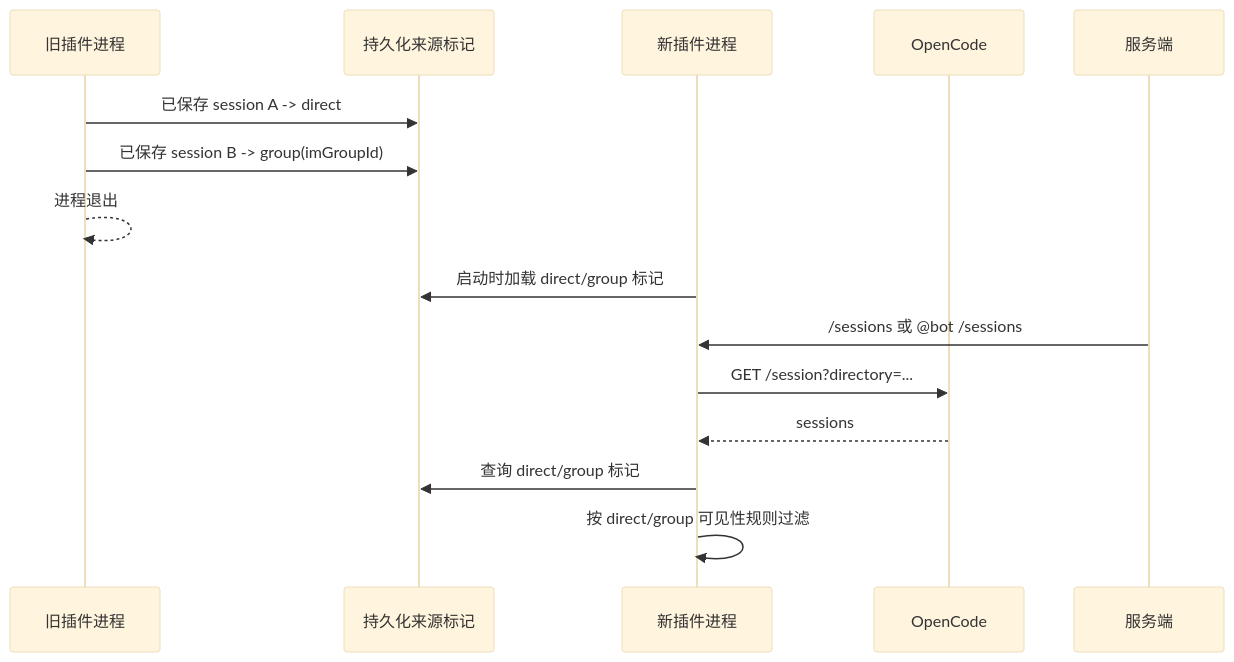
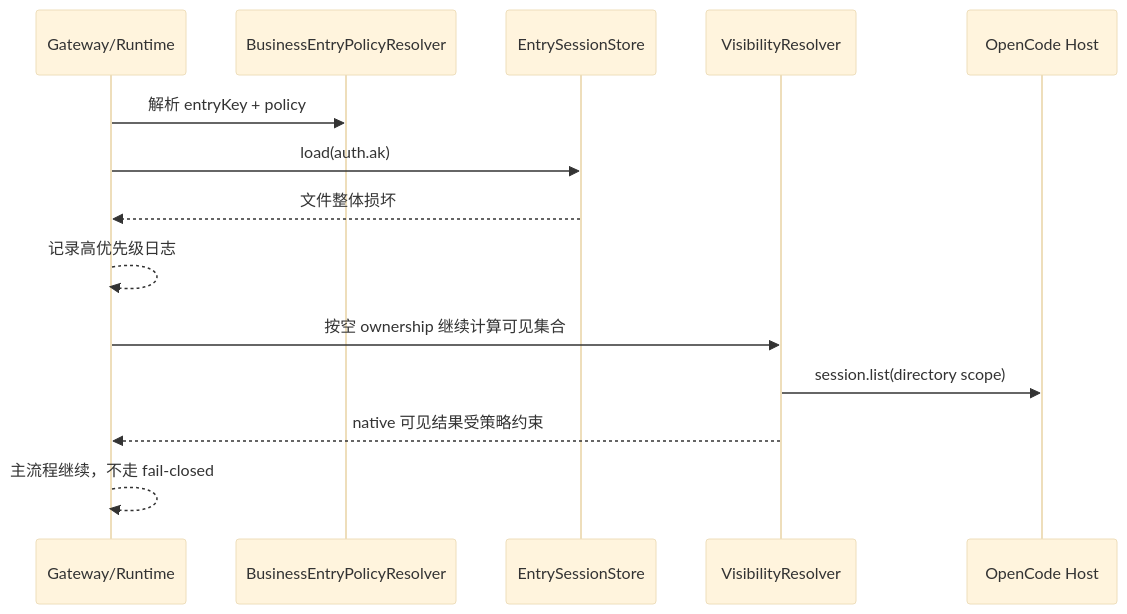
Diagram 18 of 18 in docs/design/message-bridge-opencode-session-isolation-solution.md (yuzhangCZ/agent-plugin), drawn with Mermaid (base theme) before and after one commit. The commit also changed other lines of this file and 1 other file, not shown here.

````diff
--- a/docs/design/message-bridge-opencode-session-isolation-solution.md
+++ b/docs/design/message-bridge-opencode-session-isolation-solution.md
@@ -542,18 +1102,17 @@
 ```mermaid
 sequenceDiagram
-  participant PluginOld as 旧插件进程
-  participant State as 持久化来源标记
-  participant PluginNew as 新插件进程
-  participant OpenCode as OpenCode
-  participant Server as 服务端
+  participant Gateway as Gateway/Runtime
+  participant Policy as BusinessEntryPolicyResolver
+  participant Store as EntrySessionStore
+  participant Visible as VisibilityResolver
+  participant Host as OpenCode Host
 
-  PluginOld->>State: 已保存 session A -> direct
-  PluginOld->>State: 已保存 session B -> group(imGroupId)
-  PluginOld-->>PluginOld: 进程退出
-  PluginNew->>State: 启动时加载 direct/group 标记
-  Server->>PluginNew: /sessions 或 @bot /sessions
-  PluginNew->>OpenCode: GET /session?directory=...
-  OpenCode-->>PluginNew: sessions
-  PluginNew->>State: 查询 direct/group 标记
-  PluginNew->>PluginNew: 按 direct/group 可见性规则过滤
+  Gateway->>Policy: 解析 entryKey + policy
+  Gateway->>Store: load(auth.ak)
+  Store-->>Gateway: 文件整体损坏
+  Gateway-->>Gateway: 记录高优先级日志
+  Gateway->>Visible: 按空 ownership 继续计算可见集合
+  Visible->>Host: session.list(directory scope)
+  Visible-->>Gateway: native 可见结果受策略约束
+  Gateway-->>Gateway: 主流程继续，不走 fail-closed
 ```
````
